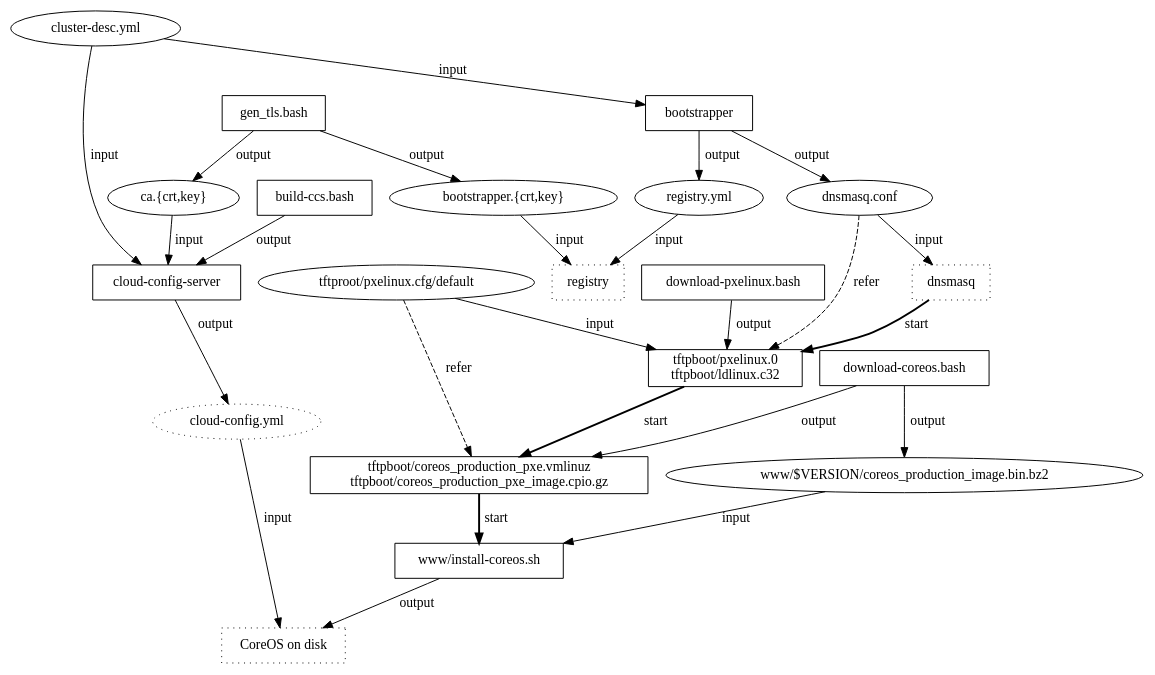
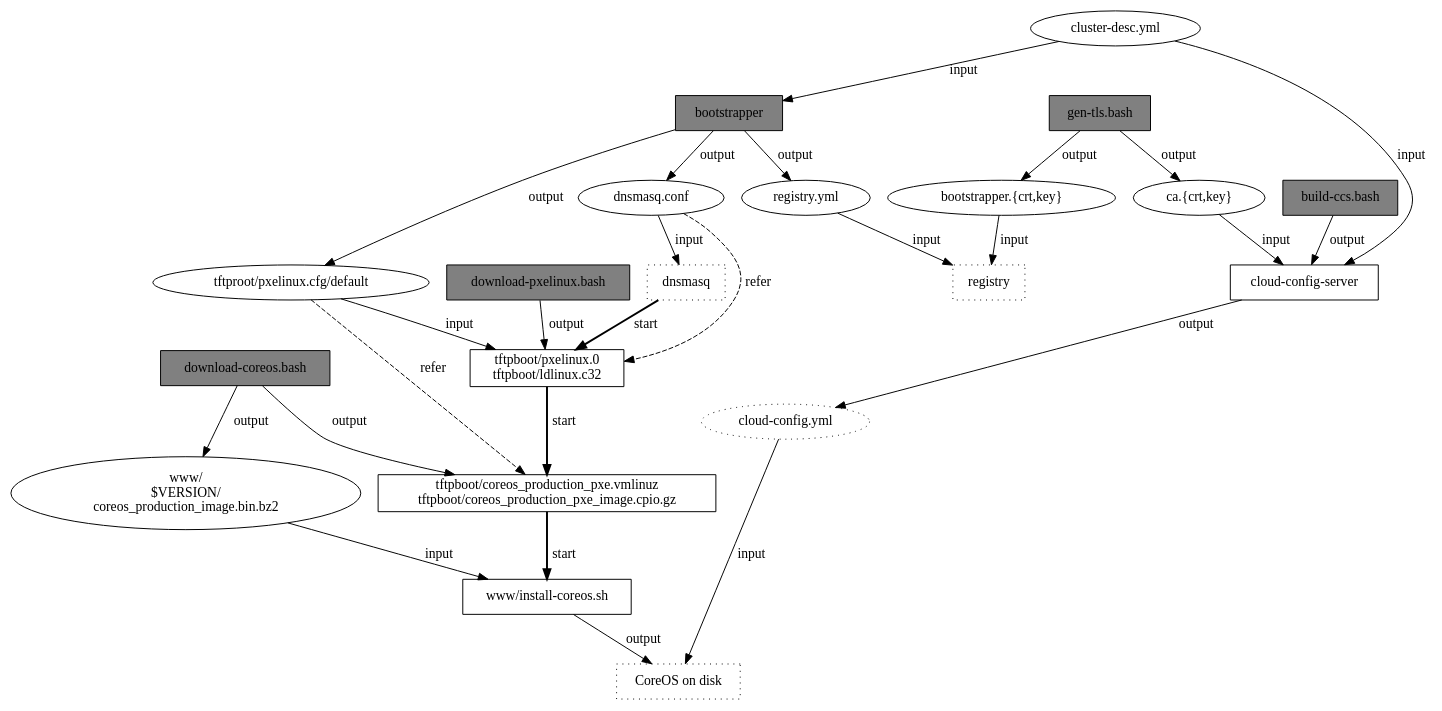
The diagram in docker/files.dot (k8sp/sextant), drawn with Graphviz before and after one commit. The commit also changed 1 other file, not shown here.

Commit message:
Add edge from bootstrapper to pxelinux_cfg; Fill bsroot preparation programs by gray.

```diff
--- a/docker/files.dot
+++ b/docker/files.dot
@@ -1,59 +1,61 @@
 digraph {
 	cluster_desc [label="cluster-desc.yml"];
 	dnsmasq_conf [label="dnsmasq.conf"];
 	registry_yml [label="registry.yml"];
 	pxelinux_cfg [label="tftproot/pxelinux.cfg/default"];
-	coreos_img [label="www/$VERSION/coreos_production_image.bin.bz2"];
+	coreos_img [label="www/\n$VERSION/\ncoreos_production_image.bin.bz2"];
 	cloud_config [label="cloud-config.yml", style="dotted"];
 	ca_crt [label="ca.{crt,key}"];
 	bootstrapper_crt [label="bootstrapper.{crt,key}"];
 
-	download_pxelinux [label="download-pxelinux.bash", shape="box"];
-	download_coreos [label="download-coreos.bash", shape="box"];
-	build_ccs [label="build-ccs.bash", shape="box"];
-	bootstrapper [shape="box"];
-	gen_tls [label="gen_tls.bash", shape="box"];
+	download_pxelinux [label="download-pxelinux.bash", shape="box", style="filled", fillcolor="gray"];
+	download_coreos [label="download-coreos.bash", shape="box", style="filled", fillcolor="gray"];
+	build_ccs [label="build-ccs.bash", shape="box", style="filled", fillcolor="gray"];
+	bootstrapper [shape="box", style="filled", fillcolor="gray"];
+	gen_tls [label="gen-tls.bash", shape="box", style="filled", fillcolor="gray"];
+	
 	dnsmasq [shape="box", style="dotted"];
 	pxelinux_0 [label="tftpboot/pxelinux.0\ntftpboot/ldlinux.c32", shape="box"];
 	coreos_vmlinuz [label="tftpboot/coreos_production_pxe.vmlinuz\ntftpboot/coreos_production_pxe_image.cpio.gz", shape="box"];
 	install_coreos_sh [label="www/install-coreos.sh", shape="box"];
 	coreos [label="CoreOS on disk", shape="box", style="dotted"];
 	cloud_config_server [label="cloud-config-server", shape="box"];
 	registry [label="registry", shape="box", style="dotted"];
 	
 	// bootstrapper generates configuration files.
 	cluster_desc -> bootstrapper [label="input"];
 	bootstrapper -> dnsmasq_conf [label="output"];
 	bootstrapper -> registry_yml [label="output"];
-
+	bootstrapper -> pxelinux_cfg [label="output"];
+	
 	// TLS assets
 	gen_tls -> ca_crt [label="output"];
 	gen_tls -> bootstrapper_crt [label="output"];
 	
 	
 	// dnsmasq
 	download_pxelinux -> pxelinux_0 [label="output"];
 	dnsmasq_conf -> dnsmasq [label="input"];
 	dnsmasq_conf -> pxelinux_0 [label="refer", style="dashed"];
 	pxelinux_cfg -> pxelinux_0 [label="input"];
 	pxelinux_cfg -> coreos_vmlinuz [label="refer", style="dashed"];
 	dnsmasq -> pxelinux_0 [label="start", style="bold"];
 	pxelinux_0 -> coreos_vmlinuz [label="start", style="bold"];
 	download_coreos -> coreos_vmlinuz [label="output"];
 	download_coreos -> coreos_img [label="output"];
 	coreos_vmlinuz -> install_coreos_sh [label="start", style="bold"];
 	coreos_img -> install_coreos_sh [label="input"];
 	install_coreos_sh -> coreos [label="output"];
 	cloud_config -> coreos [label="input"];
 
 	// cloud-config-server
 	build_ccs -> cloud_config_server [label="output"];
 	cluster_desc -> cloud_config_server [label="input"];
 	ca_crt -> cloud_config_server [label="input"];
 	cloud_config_server -> cloud_config [label="output"];
 
 	// Docker registry
 	bootstrapper_crt -> registry [label="input"];
 	registry_yml -> registry [label="input"];
 	
 }
```
